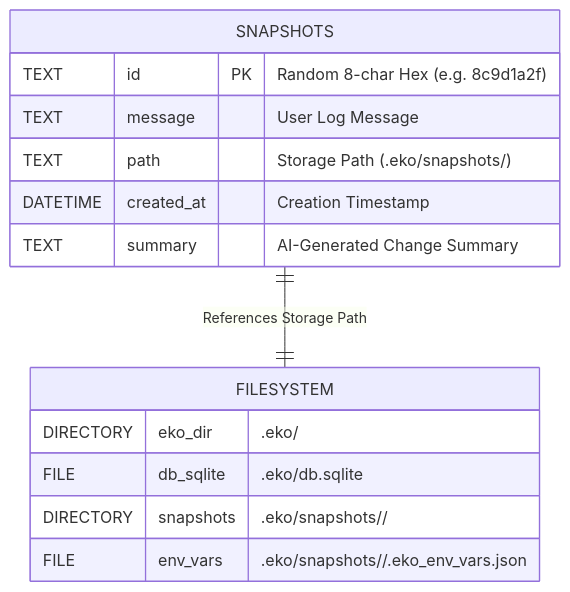
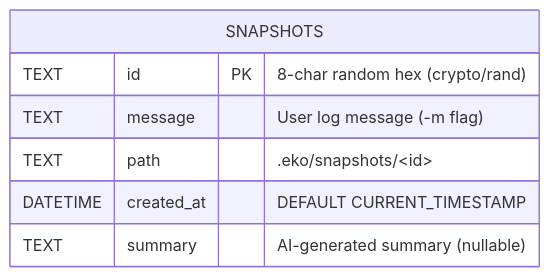
One commit to UmairAhmedImran/eko changed the eighth of 17 diagrams in ARCHITECTURE.md. Above: the diagram before and after it, drawn with Mermaid. The commit also changed other lines of this file, not shown here.

First line of the commit message:
docs: completely rewrite ARCHITECTURE.md with 15 comprehensive diagrams

````diff
--- a/ARCHITECTURE.md
+++ b/ARCHITECTURE.md
@@ -178,19 +369,10 @@
 ```mermaid
 erDiagram
     SNAPSHOTS {
-        TEXT id PK "Random 8-char Hex (e.g. 8c9d1a2f)"
-        TEXT message "User Log Message"
-        TEXT path "Storage Path (.eko/snapshots/<id>)"
-        DATETIME created_at "Creation Timestamp"
-        TEXT summary "AI-Generated Change Summary"
+        TEXT    id          PK  "8-char random hex (crypto/rand)"
+        TEXT    message         "User log message (-m flag)"
+        TEXT    path            ".eko/snapshots/&lt;id&gt;"
+        DATETIME created_at     "DEFAULT CURRENT_TIMESTAMP"
+        TEXT    summary         "AI-generated summary (nullable)"
     }
-
-    FILESYSTEM {
-        DIRECTORY eko_dir ".eko/"
-        FILE db_sqlite ".eko/db.sqlite"
-        DIRECTORY snapshots ".eko/snapshots/<id>/"
-        FILE env_vars ".eko/snapshots/<id>/.eko_env_vars.json"
-    }
-
-    SNAPSHOTS ||--|| FILESYSTEM : "References Storage Path"
 ```
````
